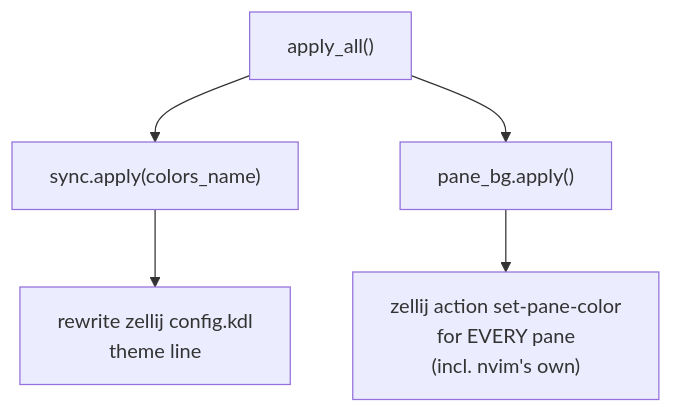
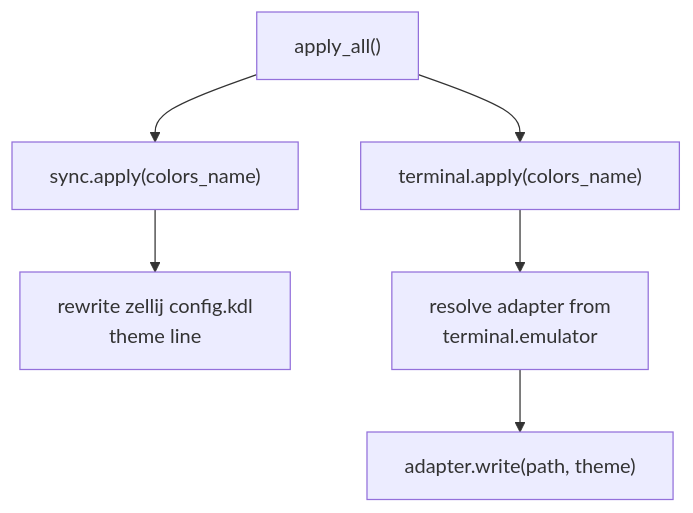
Before and after one commit to jaimeibanezrivera/zj-theme: the fourth of 9 diagrams in ARCHITECTURE.md, drawn with Mermaid. The commit also changed other lines of this file and 18 other files, not shown here.

````diff
--- a/ARCHITECTURE.md
+++ b/ARCHITECTURE.md
@@ -148,8 +123,9 @@
 ```mermaid
 flowchart TD
     A["apply_all()"] --> S["sync.apply(colors_name)"]
-    A --> P["pane_bg.apply()"]
+    A --> T["terminal.apply(colors_name)"]
 
     S --> S1["rewrite zellij config.kdl\ntheme line"]
-    P --> P1["zellij action set-pane-color\nfor EVERY pane\n(incl. nvim's own)"]
+    T --> T1["resolve adapter from\nterminal.emulator"]
+    T1 --> T2["adapter.write(path, theme)"]
 ```
````
